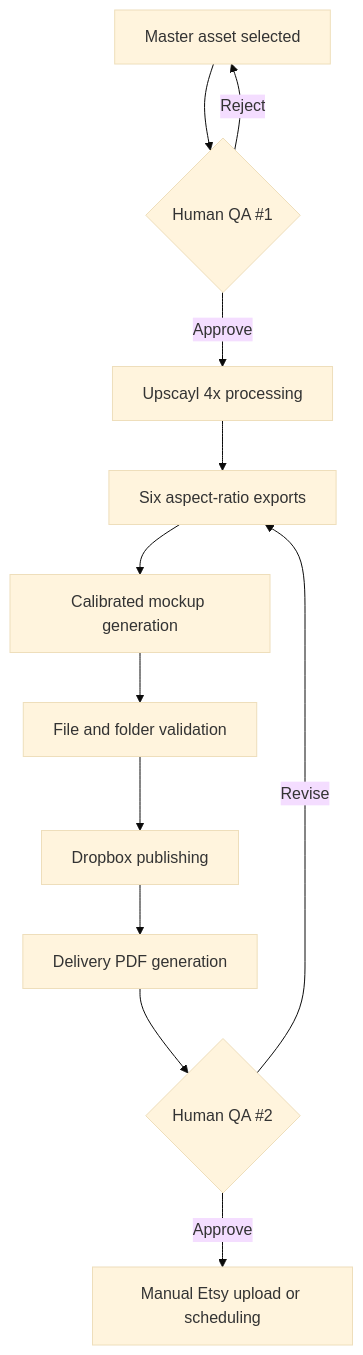
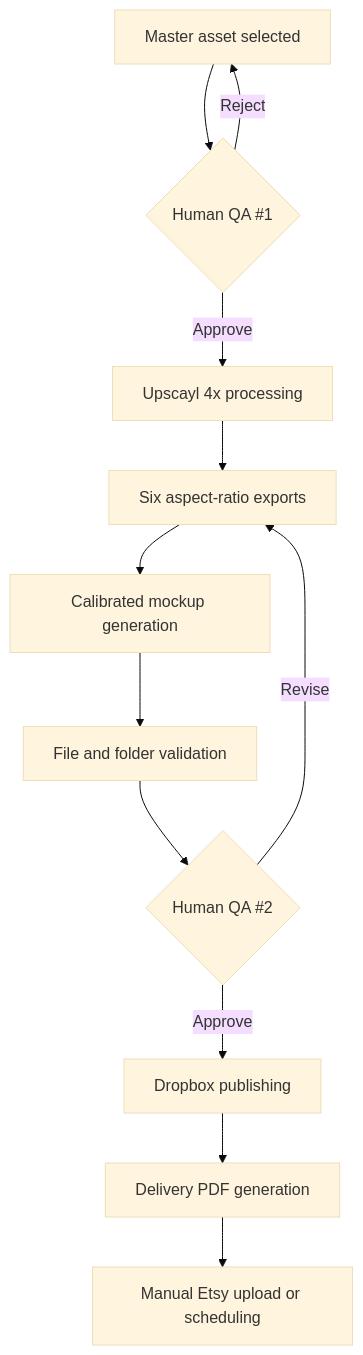
Before and after one commit to OmarNayyar/render-and-rise-automation: the first of 2 diagrams in README.md, drawn with Mermaid (base theme). The commit also changed other lines of this file and 7 other files, not shown here.

````diff
--- a/README.md
+++ b/README.md
@@ -23,14 +23,14 @@
 ```mermaid
 flowchart TD
     A[Master asset selected] --> B{Human QA #1}
     B -->|Approve| C[Upscayl 4x processing]
     B -->|Reject| A
     C --> D[Six aspect-ratio exports]
     D --> E[Calibrated mockup generation]
     E --> F[File and folder validation]
-    F --> G[Dropbox publishing]
-    G --> H[Delivery PDF generation]
-    H --> I{Human QA #2}
-    I -->|Approve| J[Manual Etsy upload or scheduling]
-    I -->|Revise| D
+    F --> G{Human QA #2}
+    G -->|Approve| H[Dropbox publishing]
+    G -->|Revise| D
+    H --> I[Delivery PDF generation]
+    I --> J[Manual Etsy upload or scheduling]
 ```
````
